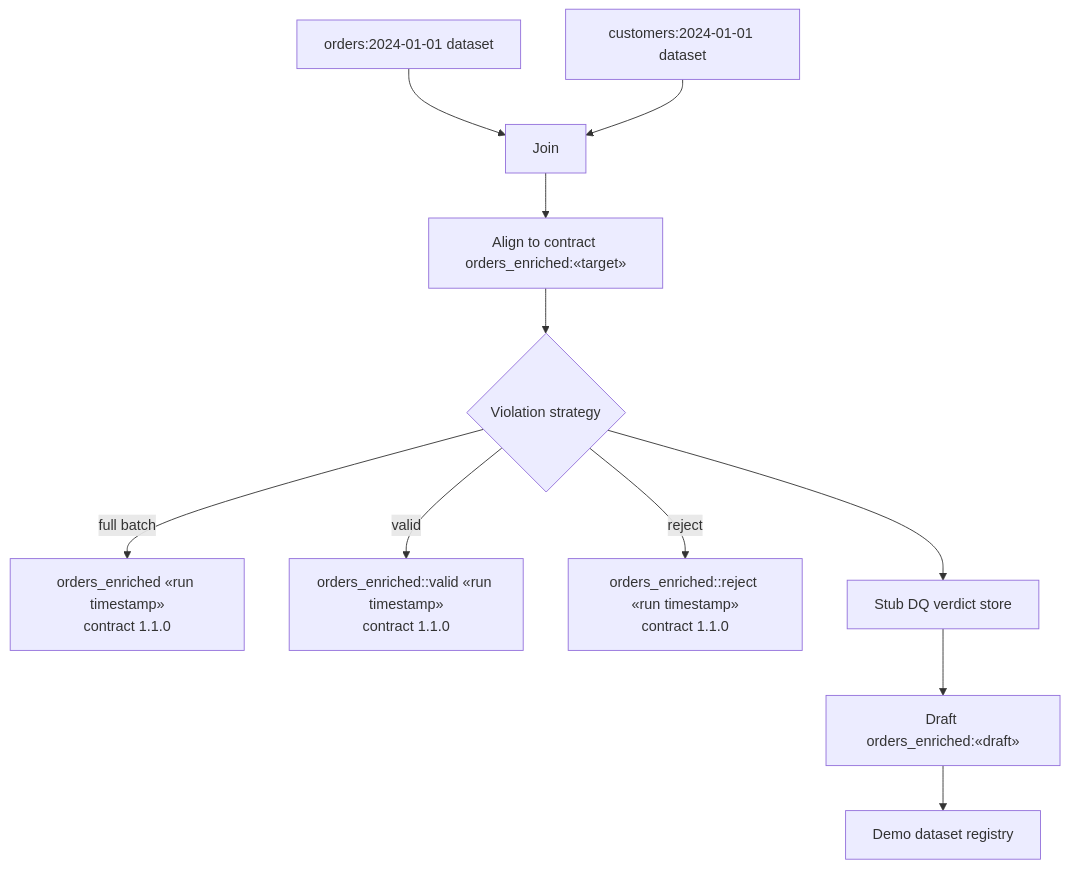
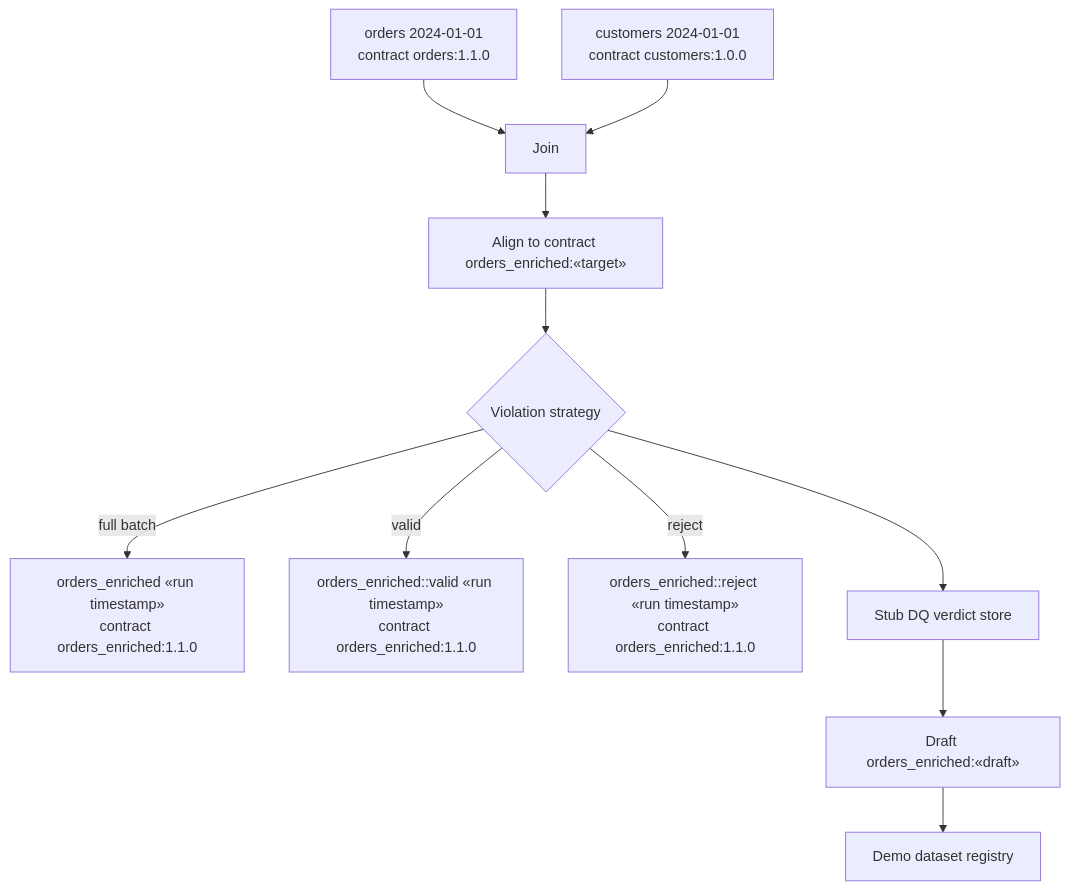
Before and after one commit to NextLab-SRL/dc43: the diagram in docs/demo-pipeline-scenarios.md, drawn with Mermaid. The commit also changed 1 other file, not shown here.

Commit message:
Normalize demo data layout and refresh scenario diagrams

````diff
--- a/docs/demo-pipeline-scenarios.md
+++ b/docs/demo-pipeline-scenarios.md
@@ -14,13 +14,13 @@
 ```mermaid
 graph TD
-    Orders[orders:2024-01-01 dataset] --> Join
-    Customers[customers:2024-01-01 dataset] --> Join
+    Orders["orders 2024-01-01\ncontract orders:1.1.0"] --> Join
+    Customers["customers 2024-01-01\ncontract customers:1.0.0"] --> Join
     Join --> Align[Align to contract orders_enriched:«target»]
     Align --> Strategy{Violation strategy}
-    Strategy -->|full batch| Output[orders_enriched «run timestamp»\ncontract 1.1.0]
-    Strategy -->|valid| Valid[orders_enriched::valid «run timestamp»\ncontract 1.1.0]
-    Strategy -->|reject| Reject[orders_enriched::reject «run timestamp»\ncontract 1.1.0]
+    Strategy -->|full batch| Output["orders_enriched «run timestamp»\ncontract orders_enriched:1.1.0"]
+    Strategy -->|valid| Valid["orders_enriched::valid «run timestamp»\ncontract orders_enriched:1.1.0"]
+    Strategy -->|reject| Reject["orders_enriched::reject «run timestamp»\ncontract orders_enriched:1.1.0"]
     Strategy --> Governance[Stub DQ verdict store]
     Governance --> Drafts[Draft orders_enriched:«draft»]
     Drafts --> Registry[Demo dataset registry]
 ```
````
